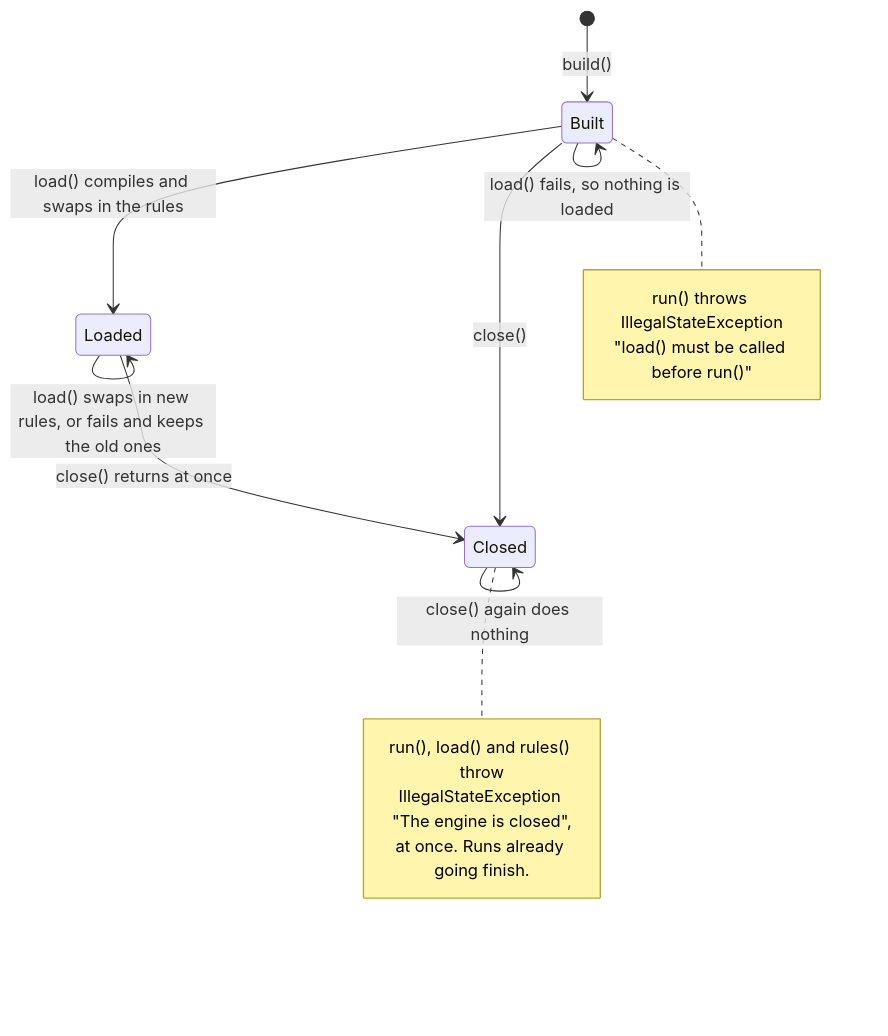
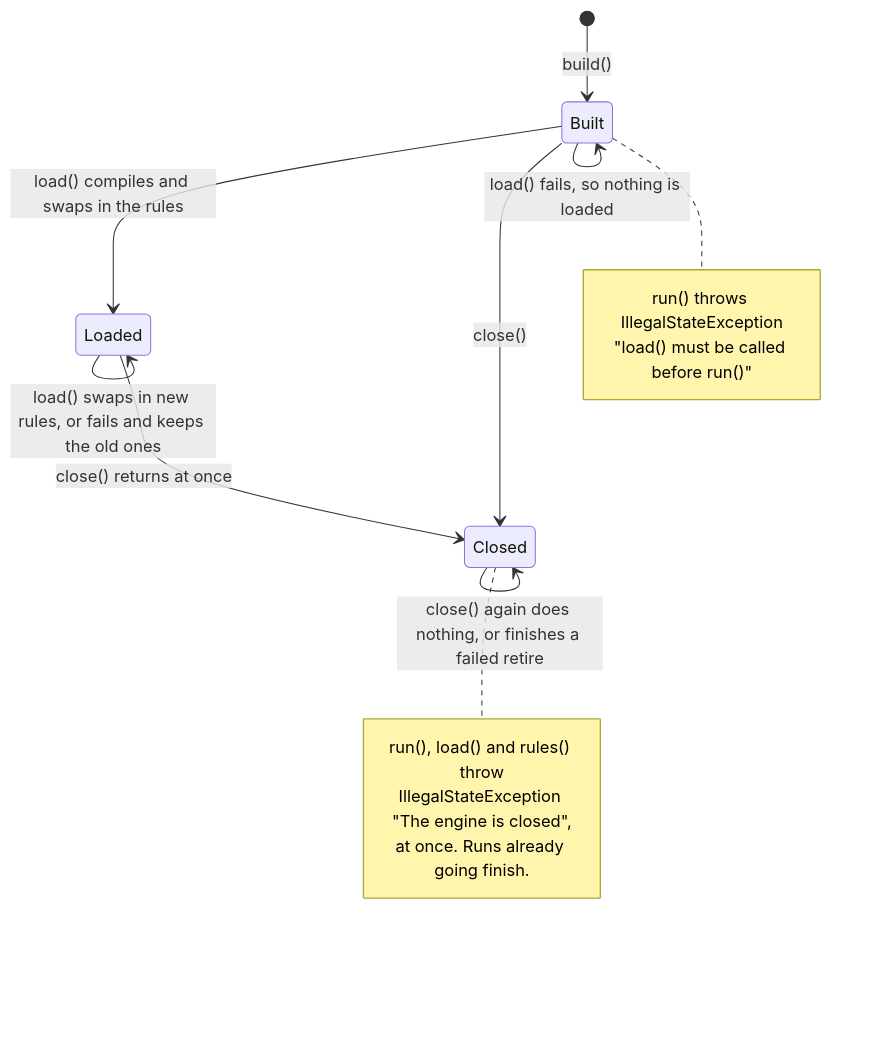
The first of 3 diagrams in docs/thread-safety.md (brantunger/unruly-engine), drawn with Mermaid before and after one commit. The commit also changed other lines of this file and 23 other files, not shown here.

````diff
--- a/docs/thread-safety.md
+++ b/docs/thread-safety.md
@@ -62,19 +62,19 @@
 ```mermaid
 stateDiagram-v2
     [*] --> Built: build()
     Built --> Loaded: load() compiles and swaps in the rules
     Built --> Built: load() fails, so nothing is loaded
     Loaded --> Loaded: load() swaps in new rules, or fails and keeps the old ones
     Built --> Closed: close()
     Loaded --> Closed: close() returns at once
-    Closed --> Closed: close() again does nothing
+    Closed --> Closed: close() again does nothing, or finishes a failed retire
     note right of Built
         run() throws IllegalStateException
         "load() must be called before run()"
     end note
     note right of Closed
         run(), load() and rules() throw
         IllegalStateException "The engine is closed",
         at once. Runs already going finish.
     end note
 ```
````
